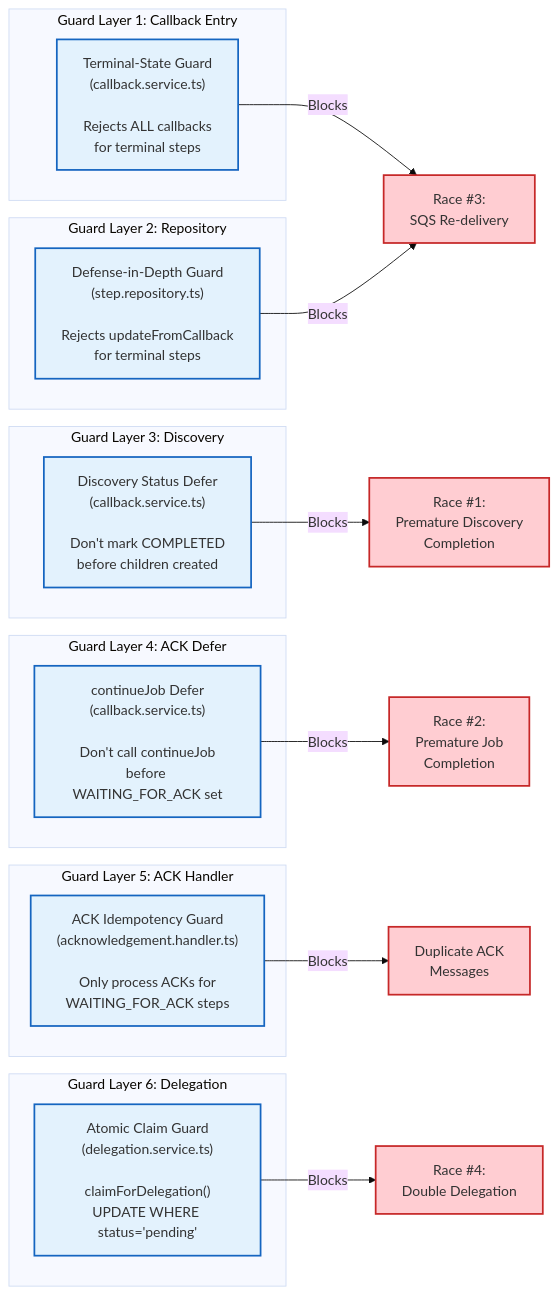
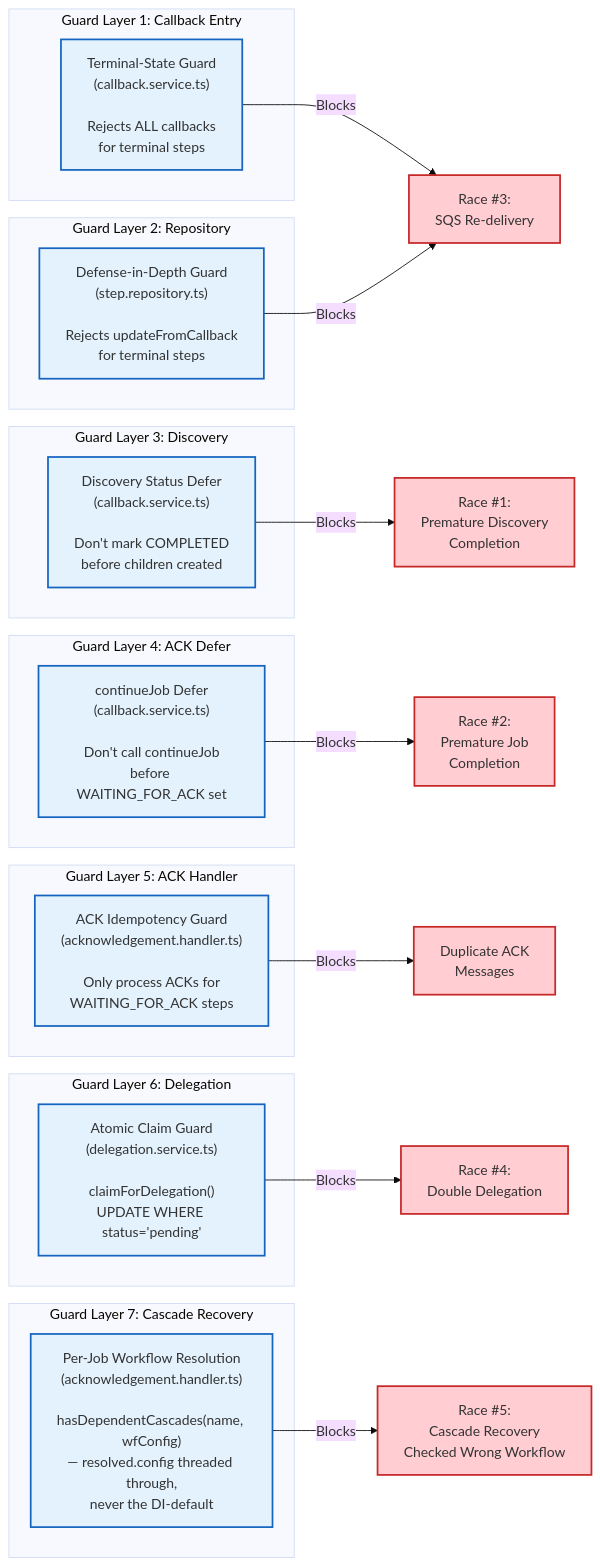
Diagram 14 of 14 in docs/guides/race-condition-prevention.md (inctasoft/setpoint-evals-dtm-examples), drawn with Mermaid (base theme) before and after one commit. The commit also changed other lines of this file and 4 other files, not shown here.

````diff
--- a/docs/guides/race-condition-prevention.md
+++ b/docs/guides/race-condition-prevention.md
@@ -616,39 +756,44 @@
 ```mermaid
 flowchart LR
     subgraph "Guard Layer 1: Callback Entry"
         G1["Terminal-State Guard<br/>(callback.service.ts)<br/><br/>Rejects ALL callbacks<br/>for terminal steps"]
     end
 
     subgraph "Guard Layer 2: Repository"
         G2["Defense-in-Depth Guard<br/>(step.repository.ts)<br/><br/>Rejects updateFromCallback<br/>for terminal steps"]
     end
 
     subgraph "Guard Layer 3: Discovery"
         G3["Discovery Status Defer<br/>(callback.service.ts)<br/><br/>Don't mark COMPLETED<br/>before children created"]
     end
 
     subgraph "Guard Layer 4: ACK Defer"
         G4["continueJob Defer<br/>(callback.service.ts)<br/><br/>Don't call continueJob<br/>before WAITING_FOR_ACK set"]
     end
 
     subgraph "Guard Layer 5: ACK Handler"
         G5["ACK Idempotency Guard<br/>(acknowledgement.handler.ts)<br/><br/>Only process ACKs for<br/>WAITING_FOR_ACK steps"]
     end
 
     subgraph "Guard Layer 6: Delegation"
         G6["Atomic Claim Guard<br/>(delegation.service.ts)<br/><br/>claimForDelegation()<br/>UPDATE WHERE status='pending'"]
     end
 
+    subgraph "Guard Layer 7: Cascade Recovery"
+        G7["Per-Job Workflow Resolution<br/>(acknowledgement.handler.ts)<br/><br/>hasDependentCascades(name, wfConfig)<br/>— resolved.config threaded through,<br/>never the DI-default"]
+    end
+
     G1 -->|"Blocks"| RC3["Race #3:<br/>SQS Re-delivery"]
     G2 -->|"Blocks"| RC3
     G3 -->|"Blocks"| RC1["Race #1:<br/>Premature Discovery<br/>Completion"]
     G4 -->|"Blocks"| RC2["Race #2:<br/>Premature Job<br/>Completion"]
     G5 -->|"Blocks"| RC_ACK["Duplicate ACK<br/>Messages"]
     G6 -->|"Blocks"| RC4["Race #4:<br/>Double Delegation"]
+    G7 -->|"Blocks"| RC5["Race #5:<br/>Cascade Recovery<br/>Checked Wrong Workflow"]
 
     classDef guard fill:#e3f2fd,stroke:#1565c0,stroke-width:2px
     classDef race fill:#ffcdd2,stroke:#c62828,stroke-width:2px
 
-    class G1,G2,G3,G4,G5,G6 guard
-    class RC1,RC2,RC3,RC4,RC_ACK race
+    class G1,G2,G3,G4,G5,G6,G7 guard
+    class RC1,RC2,RC3,RC4,RC5,RC_ACK race
 ```
````
